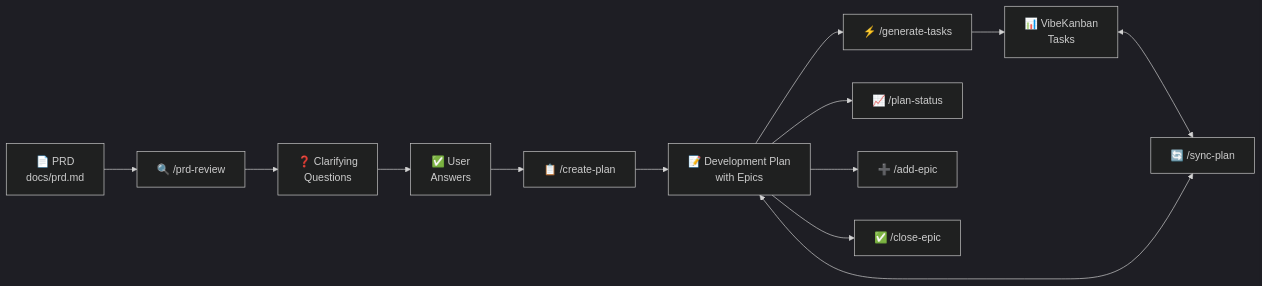
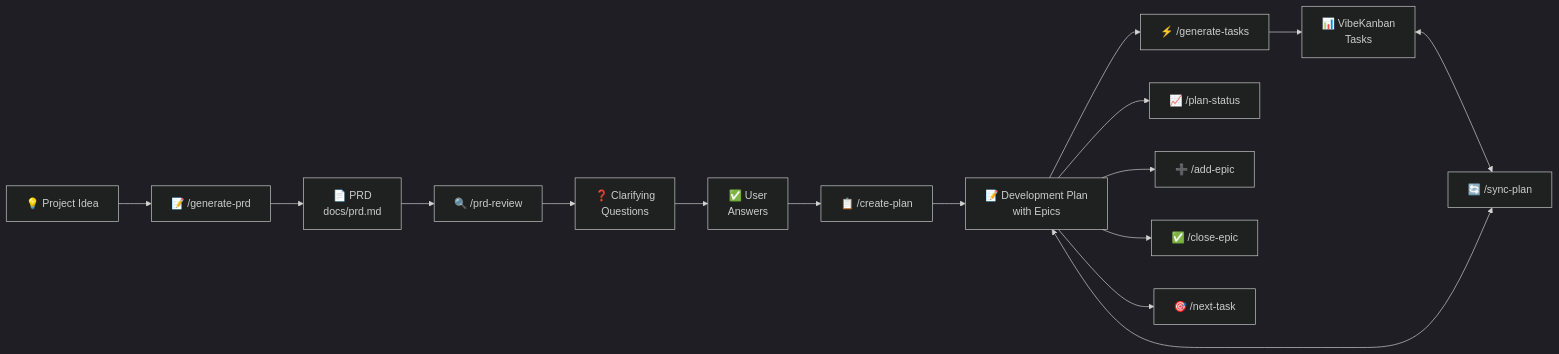
Before and after one commit to ericblue/claude-vibekanban: the first of 3 diagrams in README.md, drawn with Mermaid (dark theme). The commit also changed other lines of this file and 10 other files, not shown here.

````diff
--- a/README.md
+++ b/README.md
@@ -14,15 +14,18 @@
 ```mermaid
 flowchart LR
-    PRD[📄 PRD<br/>docs/prd.md] --> Review[🔍 /prd-review]
+    Idea[💡 Project Idea] --> GenPRD[📝 /generate-prd]
+    GenPRD --> PRD[📄 PRD<br/>docs/prd.md]
+    PRD --> Review[🔍 /prd-review]
     Review --> Questions[❓ Clarifying<br/>Questions]
     Questions --> Answers[✅ User<br/>Answers]
     Answers --> Plan[📋 /create-plan]
     Plan --> DevPlan[📝 Development Plan<br/>with Epics]
     DevPlan --> Generate[⚡ /generate-tasks]
     Generate --> VK[📊 VibeKanban<br/>Tasks]
     VK <--> Sync[🔄 /sync-plan]
     Sync <--> DevPlan
     DevPlan --> Status[📈 /plan-status]
     DevPlan --> AddEpic[➕ /add-epic]
     DevPlan --> CloseEpic[✅ /close-epic]
+    DevPlan --> NextTask[🎯 /next-task]
 ```
````
